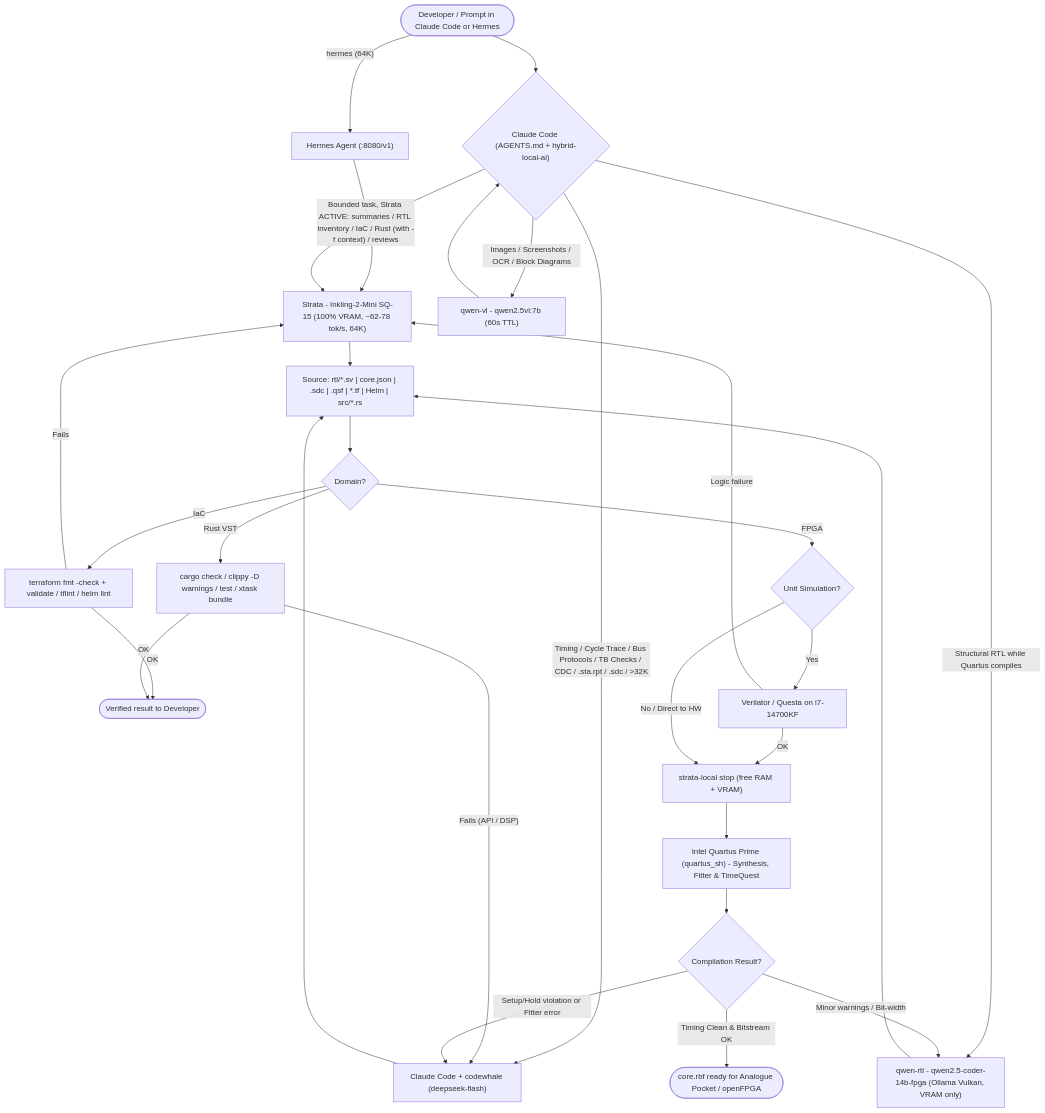
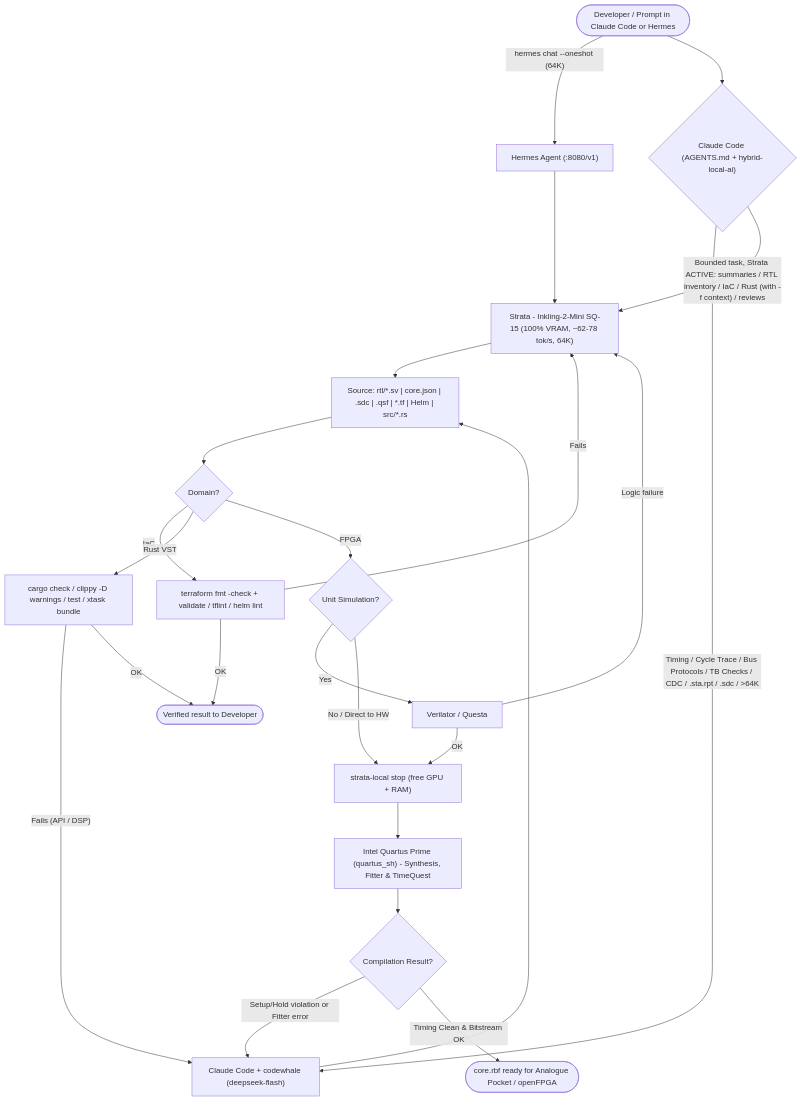
One commit to DanimanX/9070FpgaIAWorkflow changed the third of 3 diagrams in docs/ai-fpga-workflow.md. Above: the diagram before and after it, drawn with Mermaid. The commit also changed other lines of this file and 1 other file, not shown here.

Commit message:
docs: remove Ollama/Qwen sections and simplify workflow to Strata Inkling-2-Mini + codewhale

````diff
--- a/docs/ai-fpga-workflow.md
+++ b/docs/ai-fpga-workflow.md
@@ -115,36 +98,31 @@
 ```mermaid
 flowchart TD
-    Dev(["Developer / Prompt in Claude Code or Hermes"]) -->|"hermes (64K)"| Hermes["Hermes Agent (:8080/v1)"]
+    Dev(["Developer / Prompt in Claude Code or Hermes"]) -->|"hermes chat --oneshot (64K)"| Hermes["Hermes Agent (:8080/v1)"]
     Hermes --> Strata
     Dev --> Claude{"Claude Code (AGENTS.md + hybrid-local-ai)"}
 
-    Claude -->|"Timing / Cycle Trace / Bus Protocols / TB Checks / CDC / .sta.rpt / .sdc / >32K"| Arch["Claude Code + codewhale (deepseek-flash)"]
+    Claude -->|"Timing / Cycle Trace / Bus Protocols / TB Checks / CDC / .sta.rpt / .sdc / >64K"| Arch["Claude Code + codewhale (deepseek-flash)"]
     Claude -->|"Bounded task, Strata ACTIVE: summaries / RTL inventory / IaC / Rust (with -f context) / reviews"| Strata["Strata - Inkling-2-Mini SQ-15 (100% VRAM, ~62-78 tok/s, 64K)"]
-    Claude -->|"Structural RTL while Quartus compiles"| Local["qwen-rtl - qwen2.5-coder-14b-fpga (Ollama Vulkan, VRAM only)"]
-    Claude -->|"Images / Screenshots / OCR / Block Diagrams"| LocalVL["qwen-vl - qwen2.5vl:7b (60s TTL)"]
-    LocalVL --> Claude
 
     Arch --> Code["Source: rtl/*.sv | core.json | .sdc | .qsf | *.tf | Helm | src/*.rs"]
     Strata --> Code
-    Local --> Code
 
     Code --> Domain{"Domain?"}
     Domain -->|"IaC"| TF["terraform fmt -check + validate / tflint / helm lint"]
     Domain -->|"Rust VST"| Cargo["cargo check / clippy -D warnings / test / xtask bundle"]
     TF -->|"Fails"| Strata
     Cargo -->|"Fails (API / DSP)"| Arch
     TF -->|"OK"| Done(["Verified result to Developer"])
     Cargo -->|"OK"| Done
 
     Domain -->|"FPGA"| Sim{"Unit Simulation?"}
-    Sim -->|"Yes"| Verilator["Verilator / Questa on i7-14700KF"]
+    Sim -->|"Yes"| Verilator["Verilator / Questa"]
     Verilator -->|"Logic failure"| Strata
-    Verilator -->|"OK"| Stop["strata-local stop (free RAM + VRAM)"]
+    Verilator -->|"OK"| Stop["strata-local stop (free GPU + RAM)"]
     Sim -->|"No / Direct to HW"| Stop
     Stop --> Quartus["Intel Quartus Prime (quartus_sh) - Synthesis, Fitter & TimeQuest"]
 
     Quartus --> Check{"Compilation Result?"}
-    Check -->|"Minor warnings / Bit-width"| Local
     Check -->|"Setup/Hold violation or Fitter error"| Arch
     Check -->|"Timing Clean & Bitstream OK"| Bitstream(["core.rbf ready for Analogue Pocket / openFPGA"])
 ```
````
